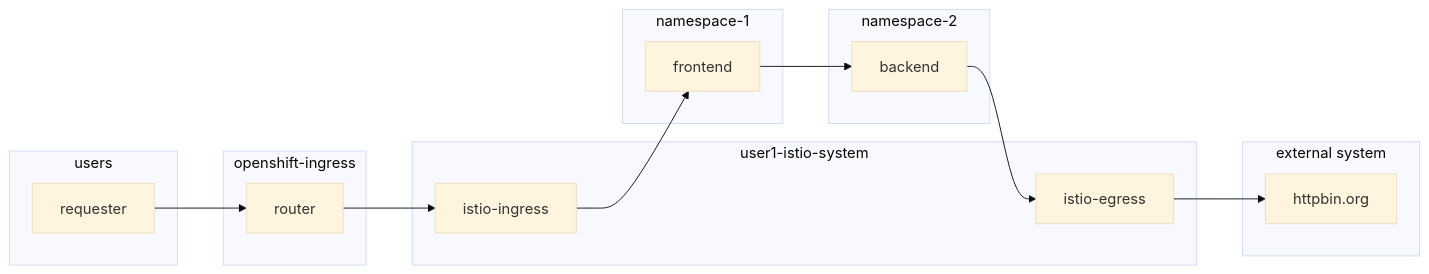
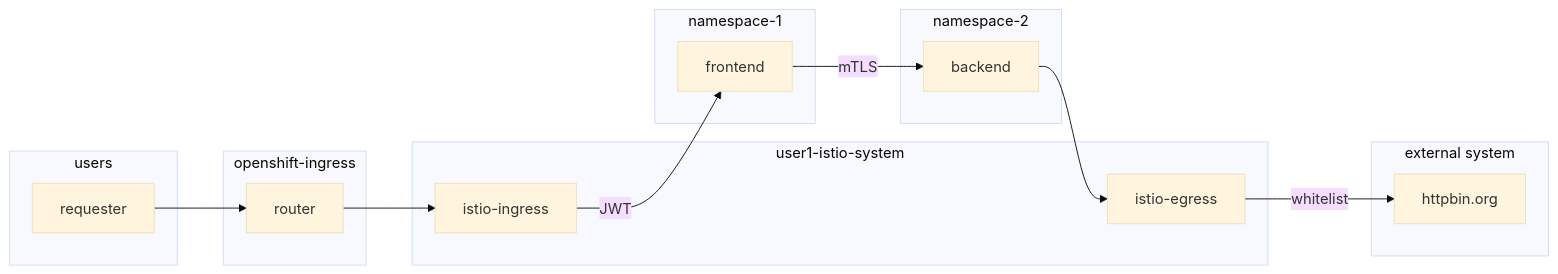
One commit to rhthsa/OpenShift-POC-AppDev changed the diagram in docs/SERVICE_MESH.md. Above: the diagram before and after it, drawn with Mermaid (base theme). The commit also changed 1 other file, not shown here.

Commit message:
Add diagram

````diff
--- a/docs/SERVICE_MESH.md
+++ b/docs/SERVICE_MESH.md
@@ -13,33 +13,33 @@
 ```mermaid
 graph LR
     requester-->router
     subgraph users
     requester
     end
     
     router-->istio-ingress
     subgraph openshift-ingress
     router
     end
 
-    istio-egress-->httpbin.org
+    istio-egress-- whitelist -->httpbin.org
     subgraph user1-istio-system
     istio-ingress
     istio-egress
     end
     
-    istio-ingress-->frontend
-    frontend-->backend
+    istio-ingress-- JWT -->frontend
+    frontend-- mTLS -->backend
     subgraph namespace-1
     frontend
     end
 
     backend-->istio-egress
     subgraph namespace-2
     backend
     end
 
     subgraph "external system"
     httpbin.org
     end
 ```
````
